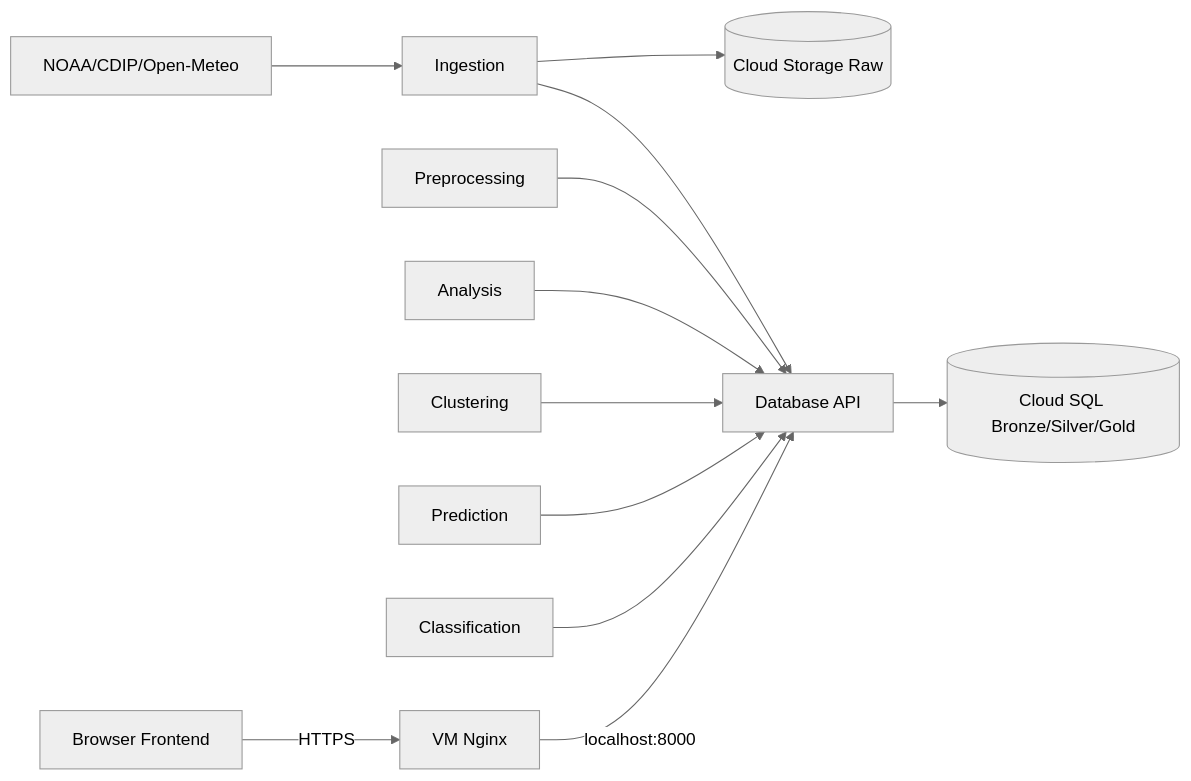
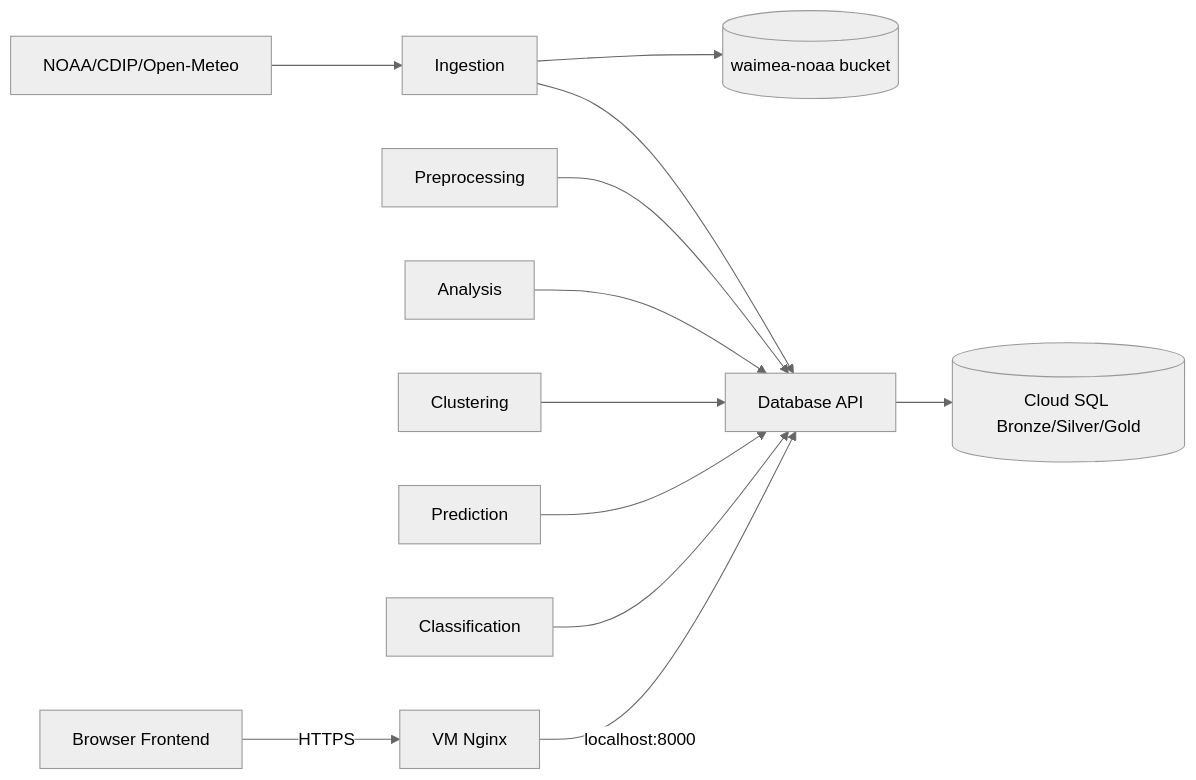
Before and after one commit to SyleinIfinity/waimea-wavecast-api: the diagram in docs/architecture.md, drawn with Mermaid (neutral theme). The commit also changed other lines of this file and 39 other files, not shown here.

````diff
--- a/docs/architecture.md
+++ b/docs/architecture.md
@@ -3,14 +3,14 @@
 ```mermaid
 flowchart LR
     N[NOAA/CDIP/Open-Meteo] --> I[Ingestion]
-    I --> GCS[(Cloud Storage Raw)]
+    I --> GCS[(waimea-noaa bucket)]
     I --> API[Database API]
     API --> SQL[(Cloud SQL Bronze/Silver/Gold)]
     P[Preprocessing] --> API
     A[Analysis] --> API
     C[Clustering] --> API
     R[Prediction] --> API
     F[Classification] --> API
     B[Browser Frontend] -->|HTTPS| NX[VM Nginx]
     NX -->|localhost:8000| API
 ```
````
